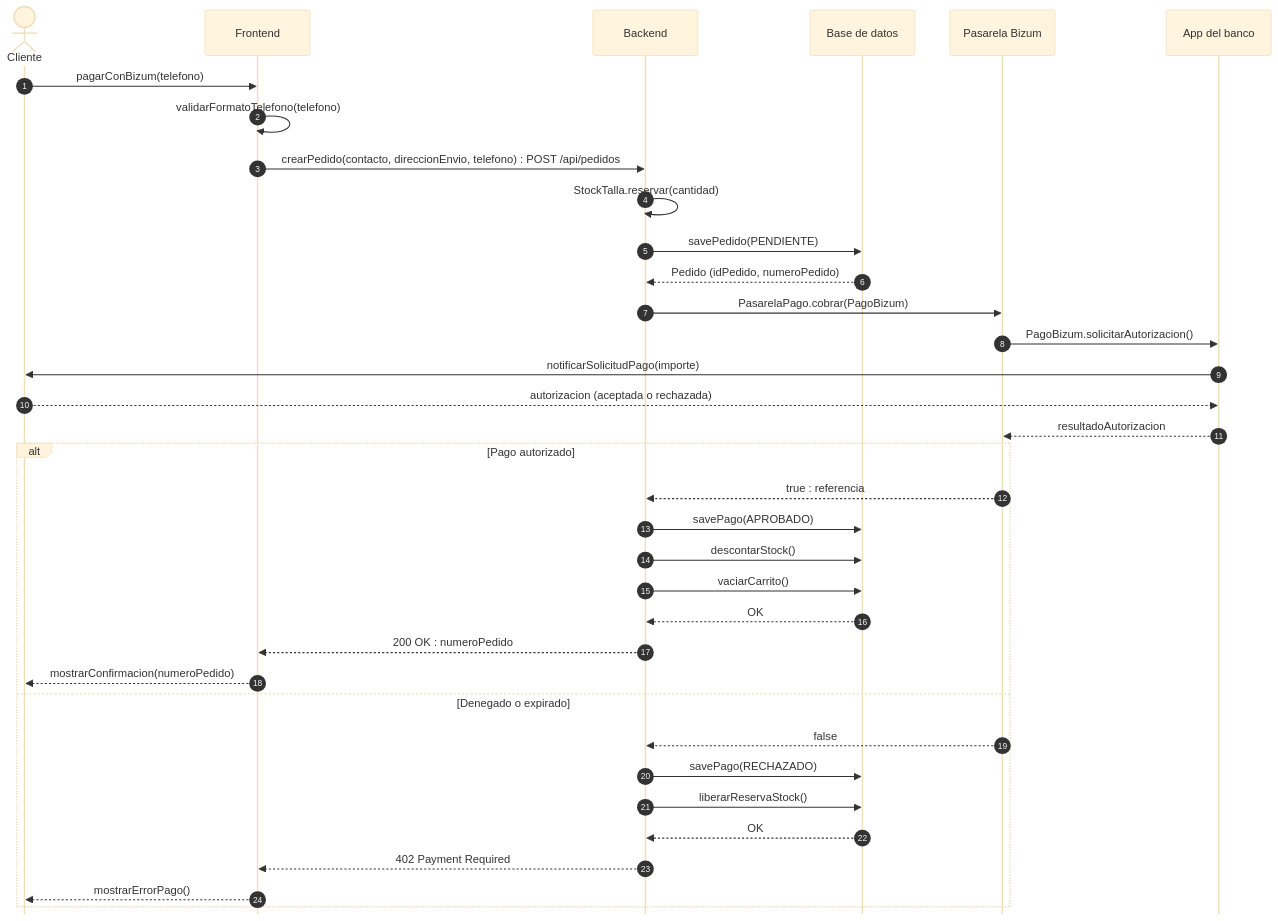
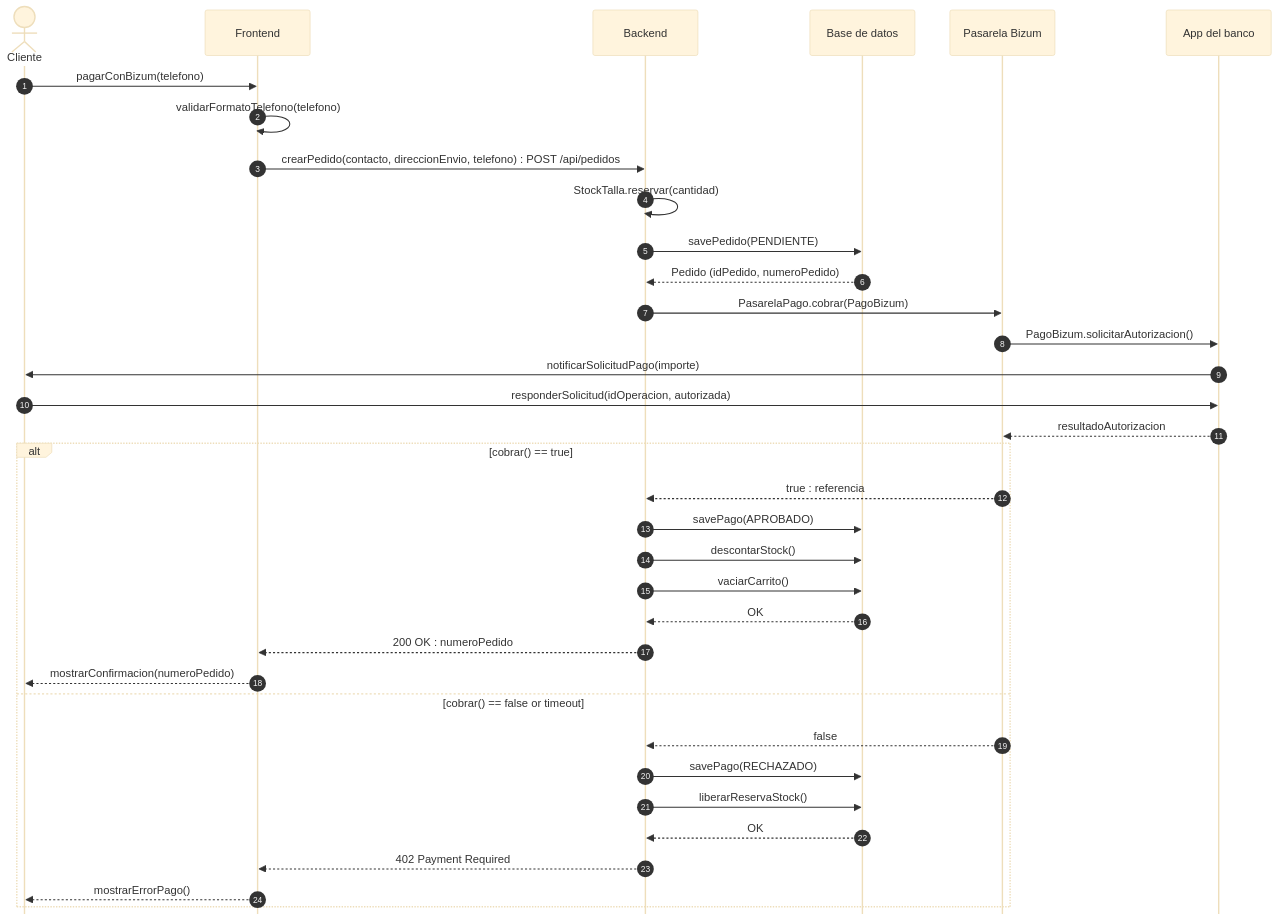
Before and after one commit to ajgarciarias10/PR3GPS: the diagram in Practica3_G11_LaTeX/codigo/sec_us07.mmd, drawn with Mermaid (base theme). The commit also changed 22 other files, not shown here.

```diff
--- a/Practica3_G11_LaTeX/codigo/sec_us07.mmd
+++ b/Practica3_G11_LaTeX/codigo/sec_us07.mmd
@@ -1,36 +1,36 @@
 %%{init: {'sequence': {'mirrorActors': false}}}%%
 sequenceDiagram
     autonumber
     actor U as Cliente
     participant FE as Frontend
     participant BE as Backend
     participant DB as Base de datos
     participant PB as Pasarela Bizum
     participant BK as App del banco
     U->>FE: pagarConBizum(telefono)
     FE->>FE: validarFormatoTelefono(telefono)
     FE->>BE: crearPedido(contacto, direccionEnvio, telefono) : POST /api/pedidos
     BE->>BE: StockTalla.reservar(cantidad)
     BE->>DB: savePedido(PENDIENTE)
     DB-->>BE: Pedido (idPedido, numeroPedido)
     BE->>PB: PasarelaPago.cobrar(PagoBizum)
     PB->>BK: PagoBizum.solicitarAutorizacion()
     BK->>U: notificarSolicitudPago(importe)
-    U-->>BK: autorizacion (aceptada o rechazada)
+    U->>BK: responderSolicitud(idOperacion, autorizada)
     BK-->>PB: resultadoAutorizacion
-    alt Pago autorizado
+    alt cobrar() == true
         PB-->>BE: true : referencia
         BE->>DB: savePago(APROBADO)
         BE->>DB: descontarStock()
         BE->>DB: vaciarCarrito()
         DB-->>BE: OK
         BE-->>FE: 200 OK : numeroPedido
         FE-->>U: mostrarConfirmacion(numeroPedido)
-    else Denegado o expirado
+    else cobrar() == false or timeout
         PB-->>BE: false
         BE->>DB: savePago(RECHAZADO)
         BE->>DB: liberarReservaStock()
         DB-->>BE: OK
         BE-->>FE: 402 Payment Required
         FE-->>U: mostrarErrorPago()
     end
```
